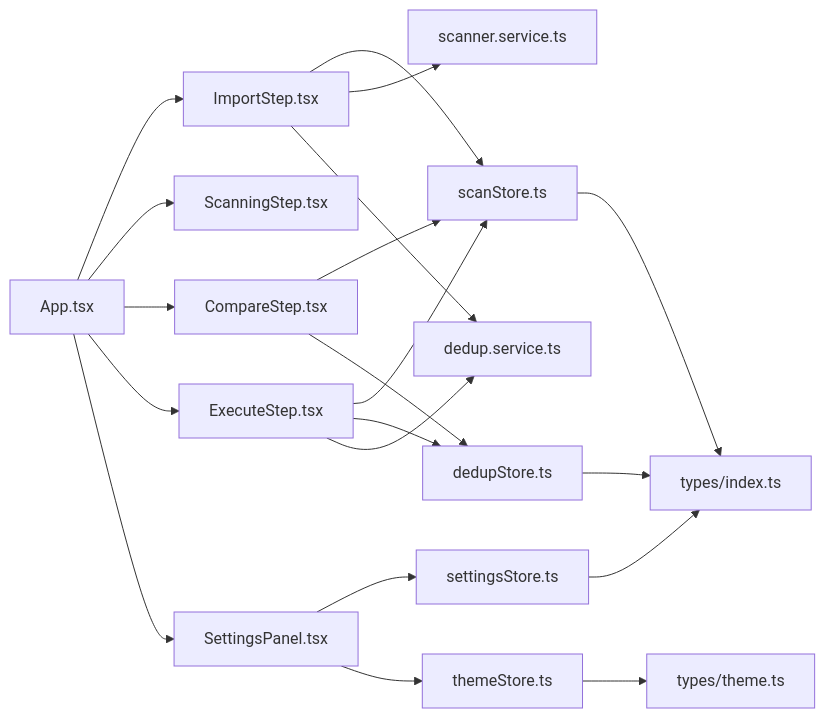
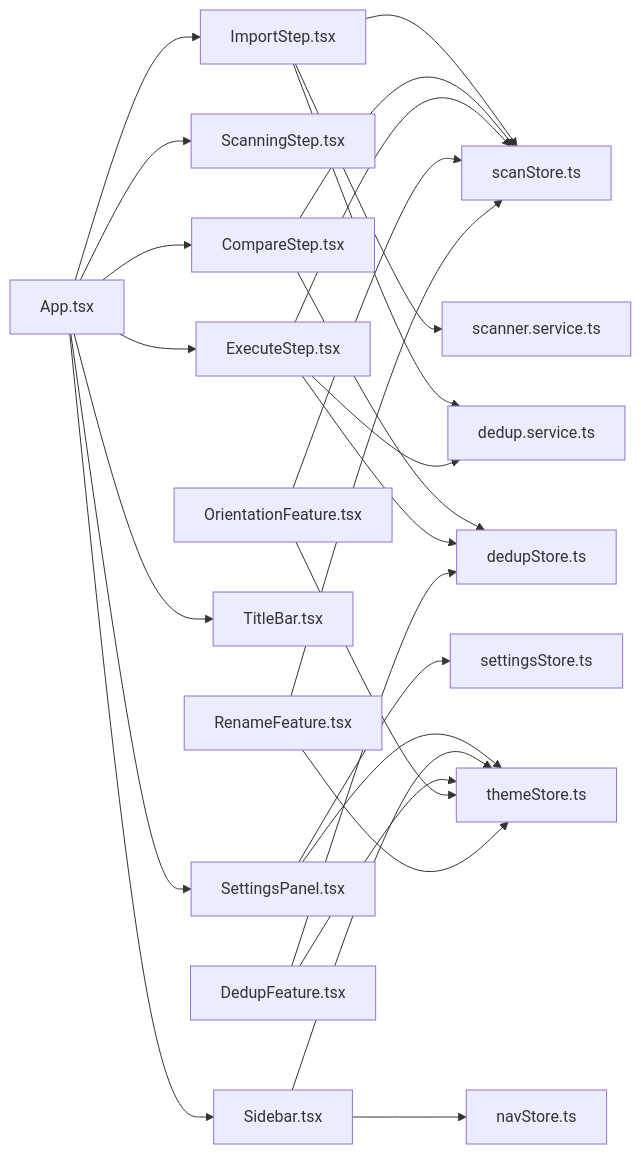
The sixth of 8 diagrams in .qoder/repowiki/zh/content/用户界面系统/用户界面系统.md (remgasuki/ReDoPhoto), drawn with Mermaid before and after one commit. The commit also changed other lines of this file and 10 other files, not shown here.

````diff
--- a/.qoder/repowiki/zh/content/用户界面系统/用户界面系统.md
+++ b/.qoder/repowiki/zh/content/用户界面系统/用户界面系统.md
@@ -467,22 +607,28 @@
 ```mermaid
 graph LR
 App["App.tsx"] --> Import["ImportStep.tsx"]
 App --> Scan["ScanningStep.tsx"]
 App --> Compare["CompareStep.tsx"]
 App --> Exec["ExecuteStep.tsx"]
 App --> Settings["SettingsPanel.tsx"]
+App --> Title["TitleBar.tsx"]
+App --> Sidebar["Sidebar.tsx"]
+Sidebar --> NavStore["navStore.ts"]
 Import --> ScanStore["scanStore.ts"]
 Compare --> ScanStore
 Exec --> ScanStore
 Compare --> DedupStore["dedupStore.ts"]
 Exec --> DedupStore
 Settings --> SettingsStore["settingsStore.ts"]
 Settings --> ThemeStore["themeStore.ts"]
-ScanStore --> Types["types/index.ts"]
-DedupStore --> Types
-SettingsStore --> Types
-ThemeStore --> ThemeTypes["types/theme.ts"]
+Sidebar --> ThemeStore
 Import --> Scanner["scanner.service.ts"]
 Import --> DedupSvc["dedup.service.ts"]
 Exec --> DedupSvc
+DedupFeature["DedupFeature.tsx"] --> DedupStore
+OrientationFeature["OrientationFeature.tsx"] --> ScanStore
+RenameFeature["RenameFeature.tsx"] --> ScanStore
+DedupFeature --> ThemeStore
+OrientationFeature --> ThemeStore
+RenameFeature --> ThemeStore
 ```
````
